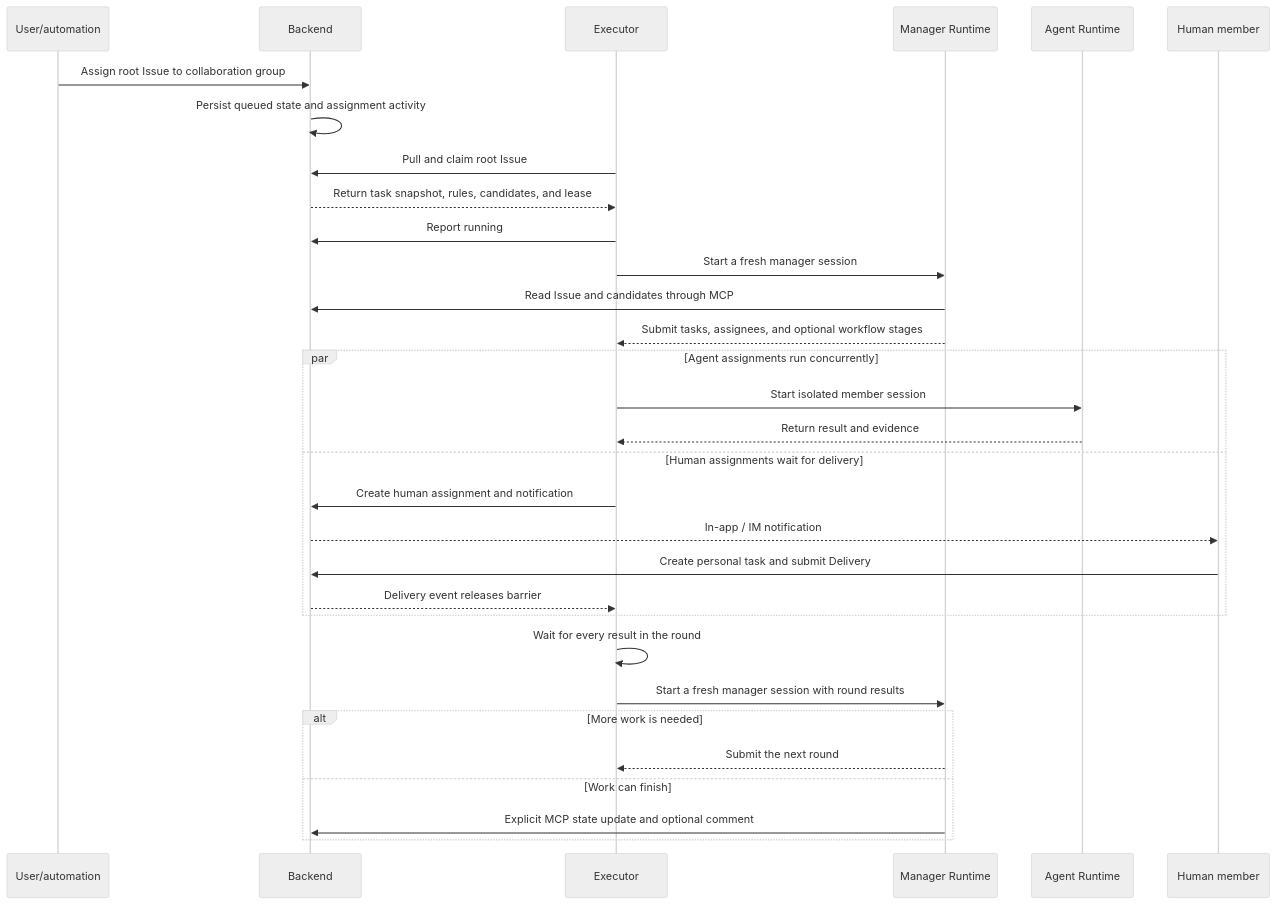
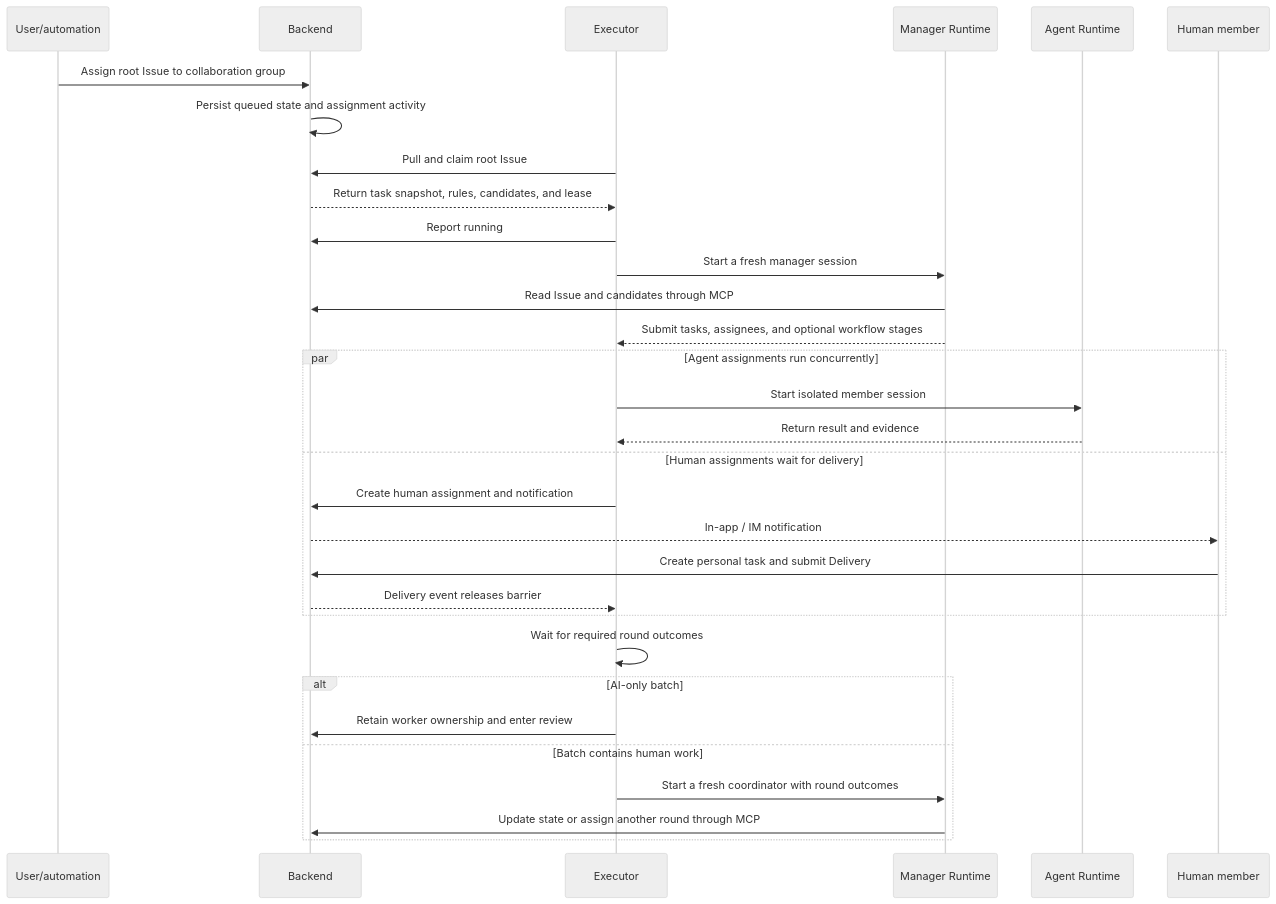
Before and after one commit to wecode-ai/Wegent: the second of 4 diagrams in docs/en/wegent/developer-guide/cloud-project-collaboration.md, drawn with Mermaid (neutral theme). The commit also changed other lines of this file and 94 other files, not shown here.

````diff
--- a/docs/en/wegent/developer-guide/cloud-project-collaboration.md
+++ b/docs/en/wegent/developer-guide/cloud-project-collaboration.md
@@ -162,34 +165,34 @@
 ```mermaid
 sequenceDiagram
     participant U as User/automation
     participant B as Backend
     participant E as Executor
     participant M as Manager Runtime
     participant A as Agent Runtime
     participant H as Human member
 
     U->>B: Assign root Issue to collaboration group
     B->>B: Persist queued state and assignment activity
     E->>B: Pull and claim root Issue
     B-->>E: Return task snapshot, rules, candidates, and lease
     E->>B: Report running
     E->>M: Start a fresh manager session
     M->>B: Read Issue and candidates through MCP
     M-->>E: Submit tasks, assignees, and optional workflow stages
     par Agent assignments run concurrently
         E->>A: Start isolated member session
         A-->>E: Return result and evidence
     and Human assignments wait for delivery
         E->>B: Create human assignment and notification
         B-->>H: In-app / IM notification
         H->>B: Create personal task and submit Delivery
         B-->>E: Delivery event releases barrier
     end
-    E->>E: Wait for every result in the round
-    E->>M: Start a fresh manager session with round results
-    alt More work is needed
-        M-->>E: Submit the next round
-    else Work can finish
-        M->>B: Explicit MCP state update and optional comment
+    E->>E: Wait for required round outcomes
+    alt AI-only batch
+        E->>B: Retain worker ownership and enter review
+    else Batch contains human work
+        E->>M: Start a fresh coordinator with round outcomes
+        M->>B: Update state or assign another round through MCP
     end
 ```
````
